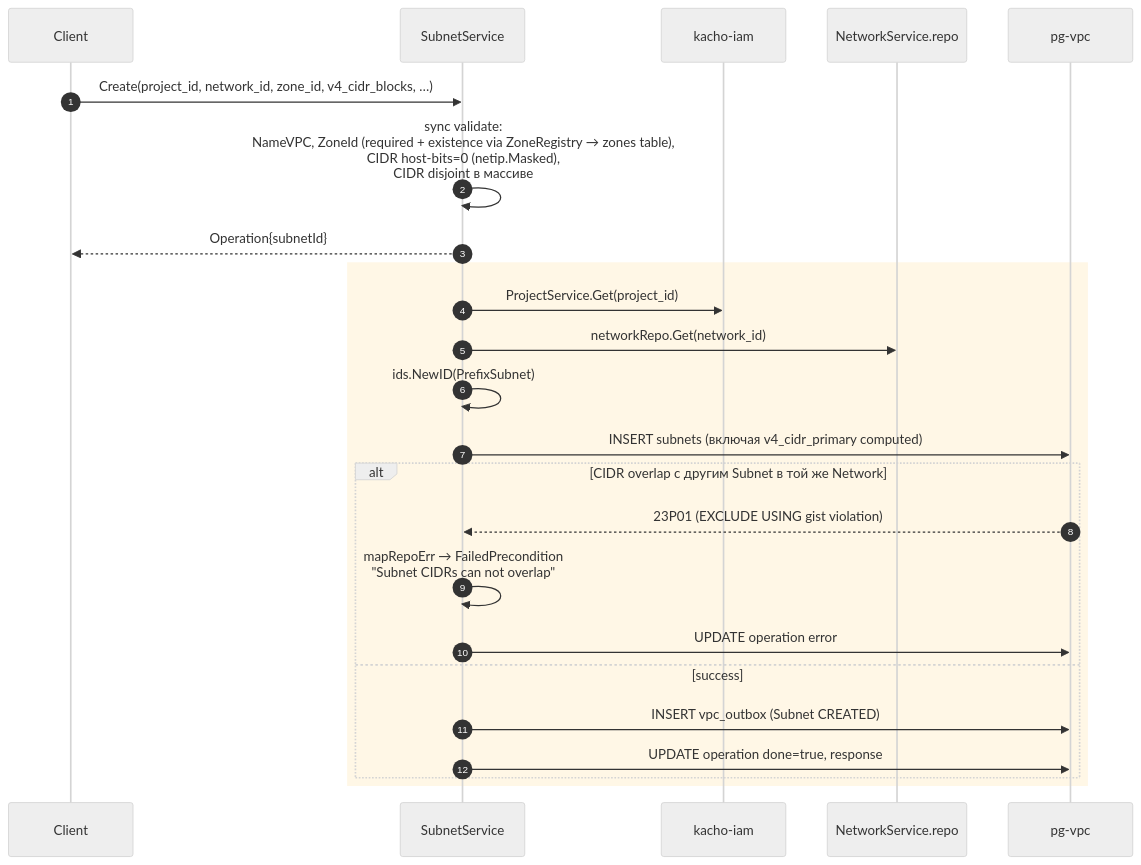
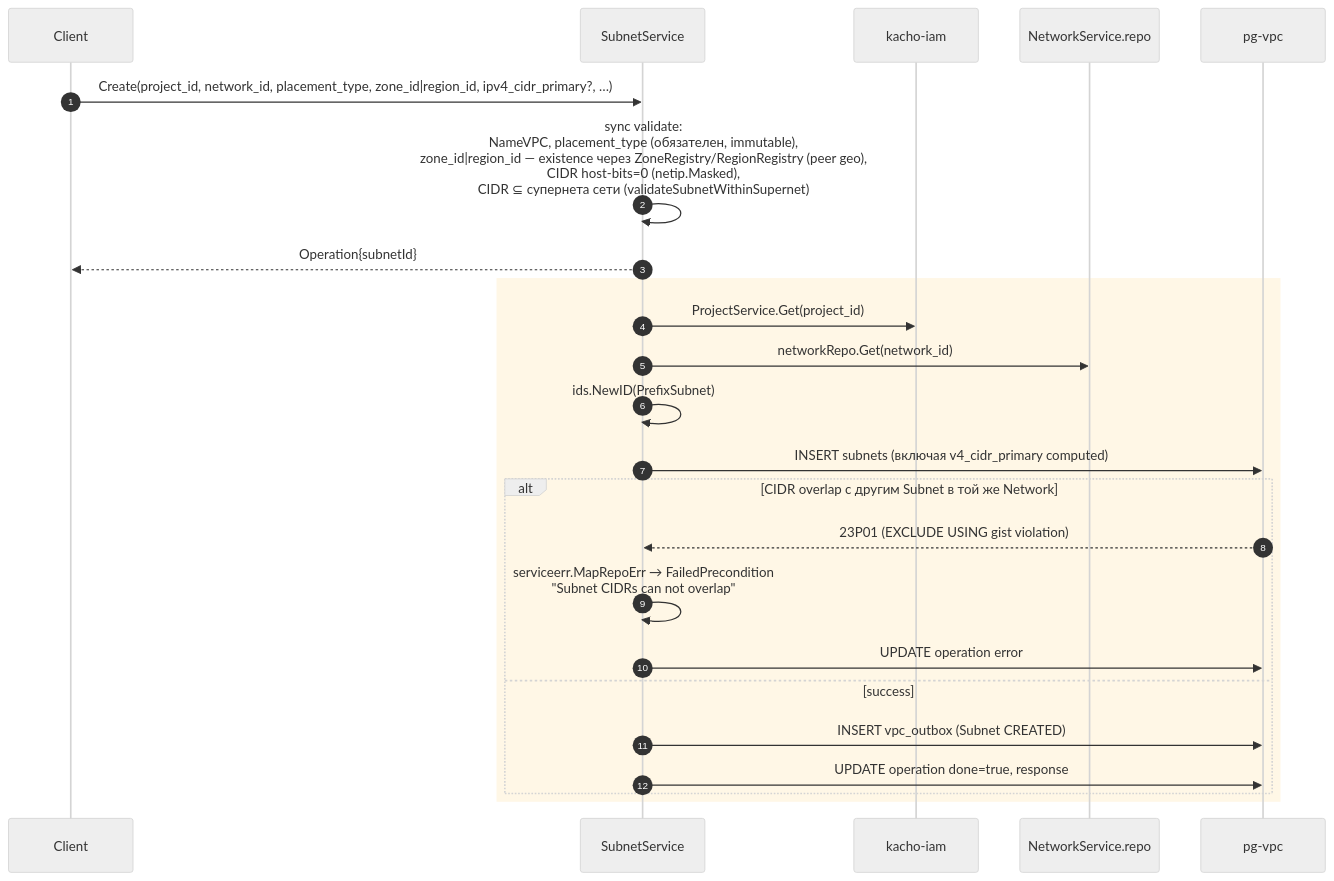
Before and after one commit to PRO-Robotech/kacho: the second of 10 diagrams in services/vpc/docs/engineering/architecture/02-data-flows.md, drawn with Mermaid (neutral theme). The commit also changed other lines of this file and 11 other files, not shown here.

````diff
--- a/services/vpc/docs/engineering/architecture/02-data-flows.md
+++ b/services/vpc/docs/engineering/architecture/02-data-flows.md
@@ -71,30 +71,30 @@
 ```mermaid
 sequenceDiagram
   autonumber
   participant U as Client
   participant S as SubnetService
   participant RM as kacho-iam
   participant N as NetworkService.repo
   participant DB as pg-vpc
 
-  U->>S: Create(project_id, network_id, zone_id, v4_cidr_blocks, …)
-  S->>S: sync validate:<br/>  NameVPC, ZoneId (required + existence via ZoneRegistry → zones table),<br/>  CIDR host-bits=0 (netip.Masked),<br/>  CIDR disjoint в массиве
+  U->>S: Create(project_id, network_id, placement_type, zone_id|region_id, ipv4_cidr_primary?, …)
+  S->>S: sync validate:<br/>  NameVPC, placement_type (обязателен, immutable),<br/>  zone_id|region_id — existence через ZoneRegistry/RegionRegistry (peer geo),<br/>  CIDR host-bits=0 (netip.Masked),<br/>  CIDR ⊆ супернета сети (validateSubnetWithinSupernet)
   S-->>U: Operation{subnetId}
 
   rect rgb(255,247,230)
   S->>RM: ProjectService.Get(project_id)
   S->>N: networkRepo.Get(network_id)
   S->>S: ids.NewID(PrefixSubnet)
 
   S->>DB: INSERT subnets (включая v4_cidr_primary computed)
 
   alt CIDR overlap с другим Subnet в той же Network
     DB-->>S: 23P01 (EXCLUDE USING gist violation)
-    S->>S: mapRepoErr → FailedPrecondition<br/>"Subnet CIDRs can not overlap"
+    S->>S: serviceerr.MapRepoErr → FailedPrecondition<br/>"Subnet CIDRs can not overlap"
     S->>DB: UPDATE operation error
   else success
     S->>DB: INSERT vpc_outbox (Subnet CREATED)
     S->>DB: UPDATE operation done=true, response
   end
   end
 ```
````
